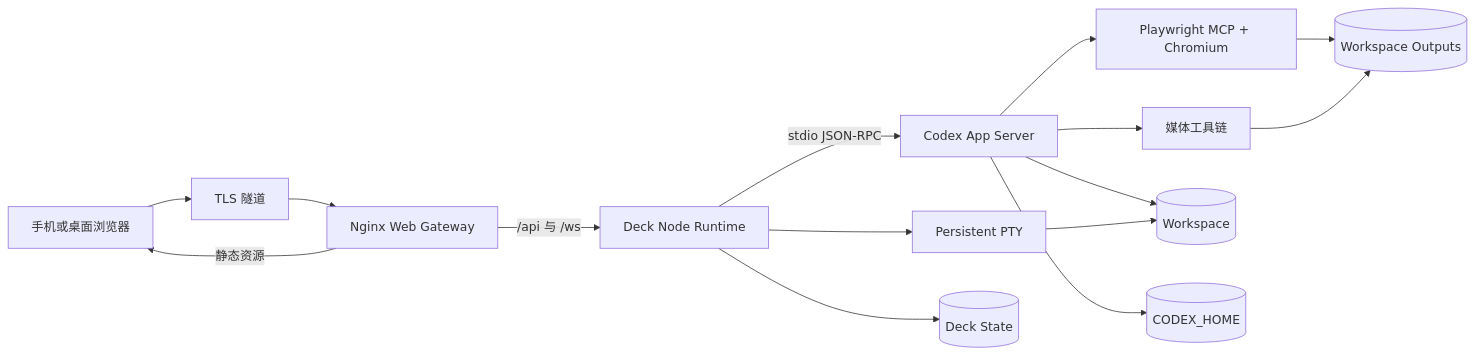
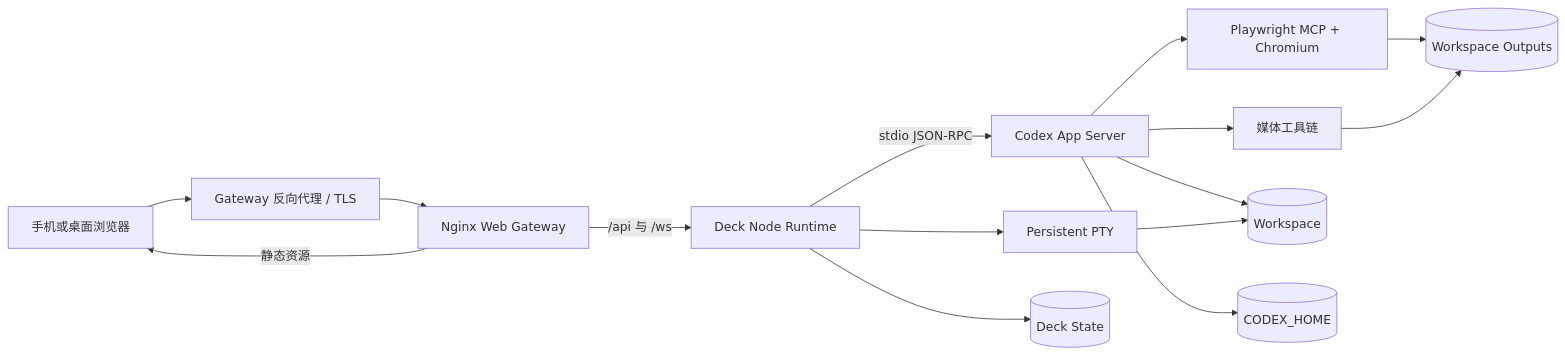
The diagram in docs/container-architecture.md (lprintf/sim-desk), drawn with Mermaid before and after one commit. The commit also changed other lines of this file and 21 other files, not shown here.

````diff
--- a/docs/container-architecture.md
+++ b/docs/container-architecture.md
@@ -38,29 +38,29 @@
 ```mermaid
 flowchart LR
     M[手机或桌面浏览器]
-    T[TLS 隧道]
+    T[Gateway 反向代理 / TLS]
     N[Nginx Web Gateway]
     D[Deck Node Runtime]
     C[Codex App Server]
     P[Persistent PTY]
     B[Playwright MCP + Chromium]
     X[媒体工具链]
     W[(Workspace)]
     H[(CODEX_HOME)]
     S[(Deck State)]
     O[(Workspace Outputs)]
 
     M --> T --> N
     N -->|静态资源| M
     N -->|/api 与 /ws| D
     D -->|stdio JSON-RPC| C
     D --> P
     C --> B
     C --> X
     C --> W
     P --> W
     C --> H
     D --> S
     B --> O
     X --> O
 ```
````
